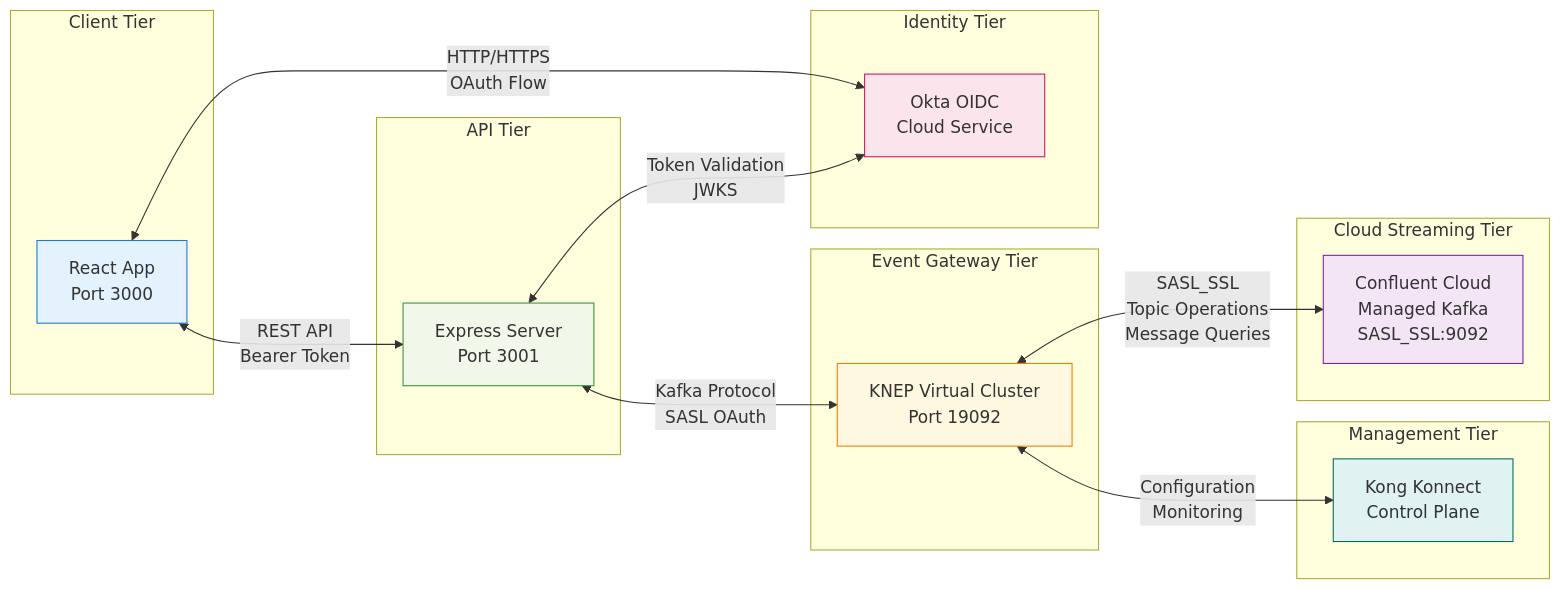
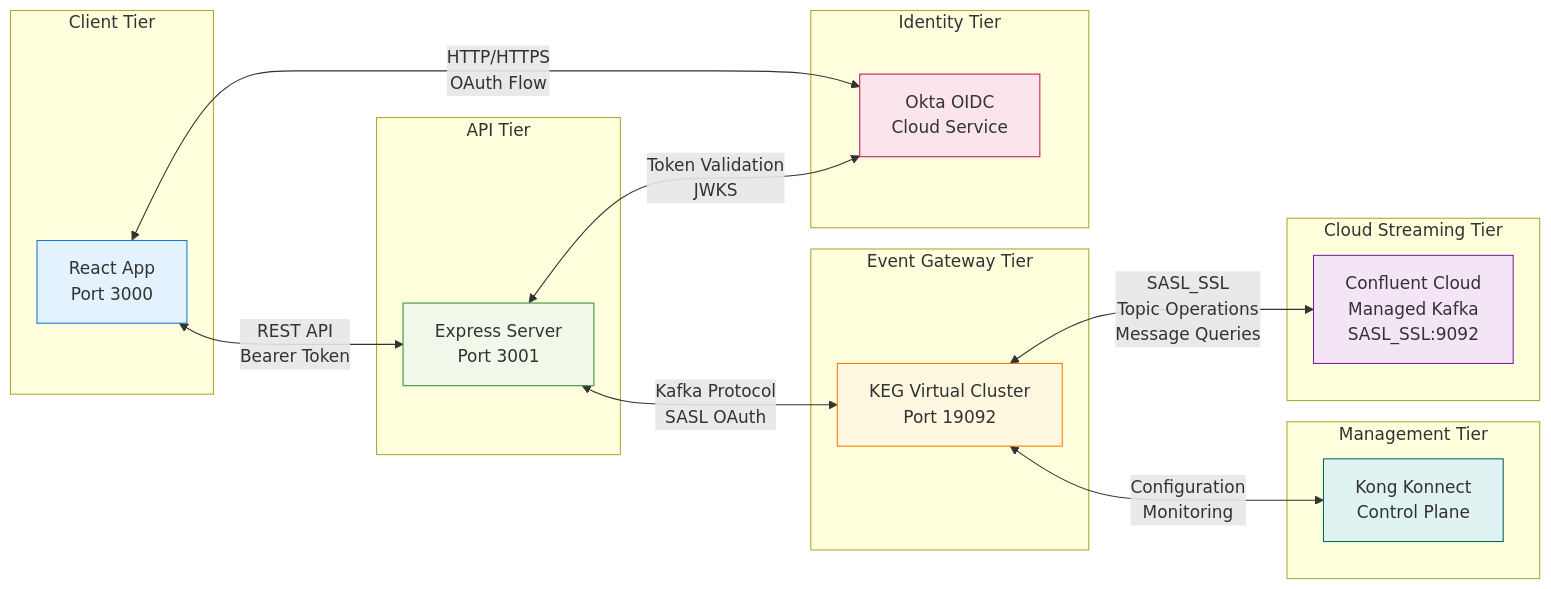
The third of 5 diagrams in README.md (hguerrero/kong-event-gw-okta-demo), drawn with Mermaid before and after one commit. The commit also changed other lines of this file and 8 other files, not shown here.

Commit message:
Refactor references from KNEP to KEG across documentation and configuration files

````diff
--- a/README.md
+++ b/README.md
@@ -104,47 +104,47 @@
 ```mermaid
 flowchart LR
     subgraph "Client Tier"
         A[React App<br/>Port 3000]
     end
 
     subgraph "API Tier"
         B[Express Server<br/>Port 3001]
     end
 
     subgraph "Identity Tier"
         C[Okta OIDC<br/>Cloud Service]
     end
 
     subgraph "Event Gateway Tier"
-        D[KNEP Virtual Cluster<br/>Port 19092]
+        D[KEG Virtual Cluster<br/>Port 19092]
     end
 
     subgraph "Cloud Streaming Tier"
         E[Confluent Cloud<br/>Managed Kafka<br/>SASL_SSL:9092]
     end
 
     subgraph "Management Tier"
         F[Kong Konnect<br/>Control Plane]
     end
 
     A <-->|HTTP/HTTPS<br/>OAuth Flow| C
     A <-->|REST API<br/>Bearer Token| B
     B <-->|Token Validation<br/>JWKS| C
     B <-->|Kafka Protocol<br/>SASL OAuth| D
     D <-->|SASL_SSL<br/>Topic Operations<br/>Message Queries| E
     D <-->|Configuration<br/>Monitoring| F
 
     classDef client fill:#e3f2fd,stroke:#1976d2
     classDef api fill:#f1f8e9,stroke:#388e3c
     classDef auth fill:#fce4ec,stroke:#c2185b
     classDef gateway fill:#fff8e1,stroke:#f57c00
     classDef cloud fill:#f3e5f5,stroke:#7b1fa2
     classDef mgmt fill:#e0f2f1,stroke:#00695c
 
     class A client
     class B api
     class C auth
     class D gateway
     class E cloud
     class F mgmt
 ```
````
